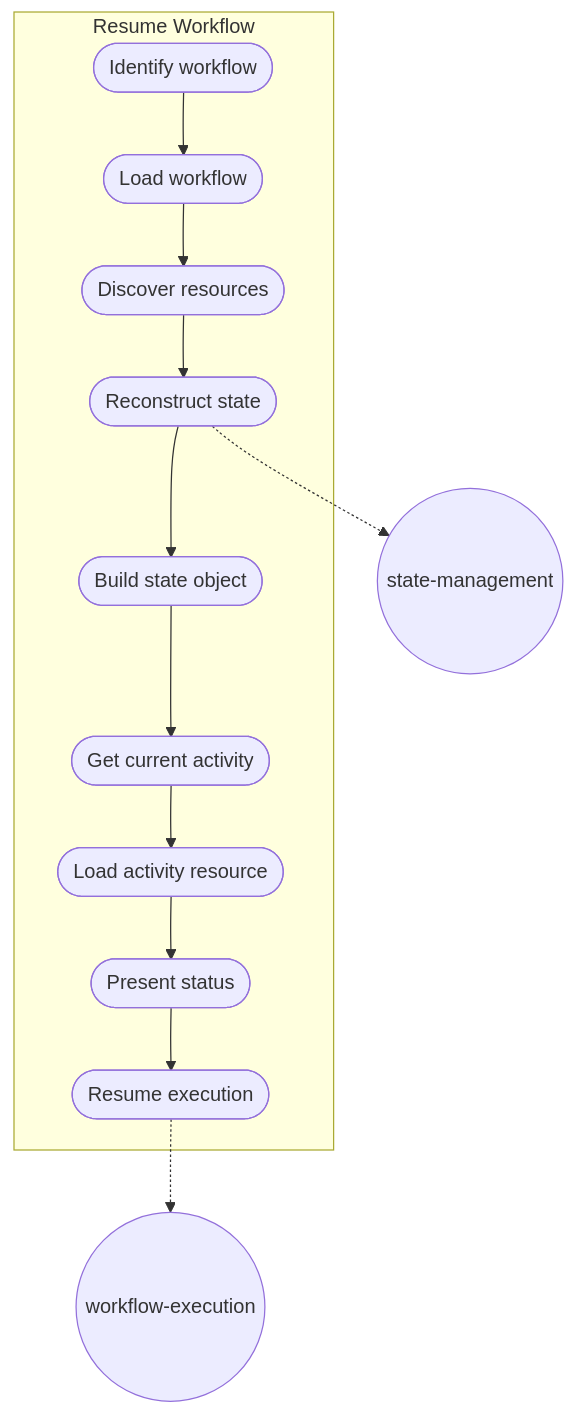
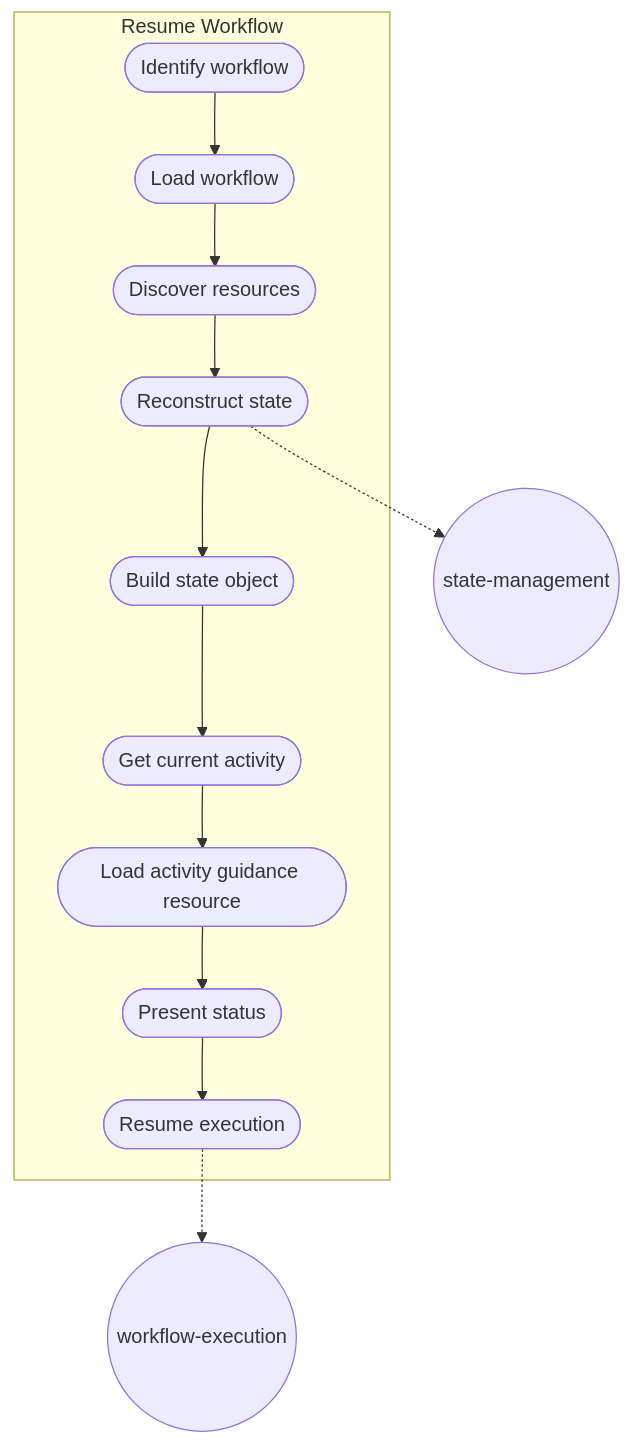
The third of 4 diagrams in meta/README.md (m2ux/workflow-server), drawn with Mermaid before and after one commit. The commit also changed other lines of this file and 1 other file, not shown here.

Commit message:
docs: clarify step name to 'Load activity guidance resource'

````diff
--- a/meta/README.md
+++ b/meta/README.md
@@ -96,22 +96,22 @@
 ```mermaid
 graph TD
     subgraph resume-workflow[Resume Workflow]
         r1([Identify workflow])
         r2([Load workflow])
         r3([Discover resources])
         r4([Reconstruct state])
         r5([Build state object])
         r6([Get current activity])
-        r7([Load activity resource])
+        r7([Load activity guidance resource])
         r8([Present status])
         r9([Resume execution])
         
         r1 --> r2 --> r3 --> r4 --> r5 --> r6 --> r7 --> r8 --> r9
     end
     
     skill1((workflow-execution))
     skill3((state-management))
     
     r4 -.-> skill3
     r9 -.-> skill1
 ```
````
